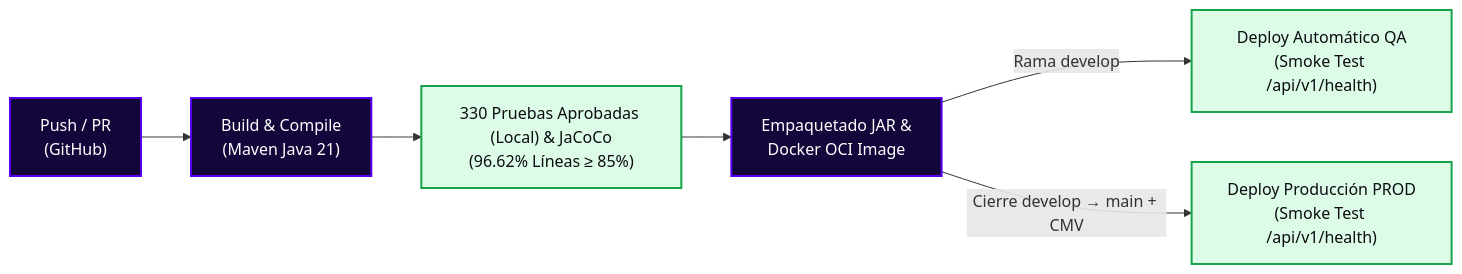
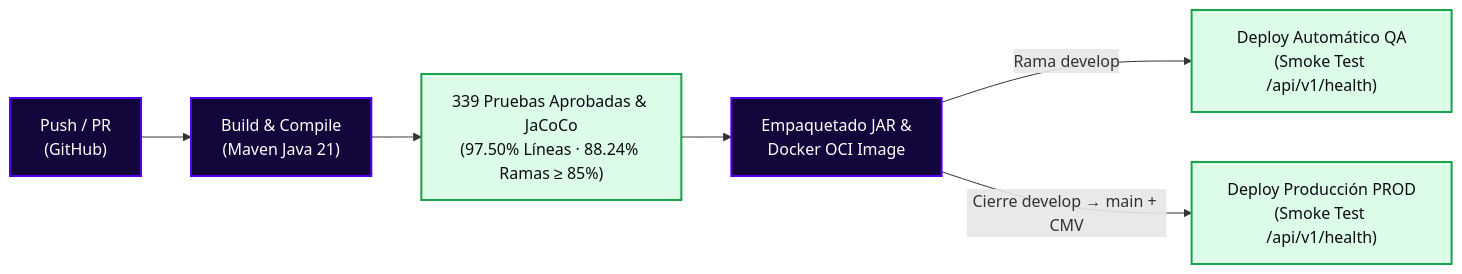
One commit to StyleRadar1/PT8080-Donations-Service changed the diagram in docs/readmes/10-cicd-pipeline.md. Above: the diagram before and after it, drawn with Mermaid. The commit also changed other lines of this file and 4 other files, not shown here.

Commit message:
docs(readme): actualiza métricas finales (339 pruebas, 97.50% líneas, 88.24% ramas)

````diff
--- a/docs/readmes/10-cicd-pipeline.md
+++ b/docs/readmes/10-cicd-pipeline.md
@@ -19,14 +19,14 @@
 ```mermaid
 flowchart LR
     A["Push / PR<br>(GitHub)"] --> B["Build & Compile<br>(Maven Java 21)"]
-    B --> C["330 Pruebas Aprobadas (Local) & JaCoCo<br>(96.62% Líneas ≥ 85%)"]
+    B --> C["339 Pruebas Aprobadas & JaCoCo<br>(97.50% Líneas · 88.24% Ramas ≥ 85%)"]
     C --> D["Empaquetado JAR &<br>Docker OCI Image"]
     D -->|Rama develop| E["Deploy Automático QA<br>(Smoke Test /api/v1/health)"]
     D -->|Cierre develop → main + CMV| F["Deploy Producción PROD<br>(Smoke Test /api/v1/health)"]
 
     classDef step fill:#12063A,stroke:#5600EF,stroke-width:2px,color:#FFFFFF;
     classDef pass fill:#DCFCE7,stroke:#16A34A,stroke-width:2px,color:#0C0C12;
 
     class A,B,D step;
     class C,E,F pass;
 ```
````
